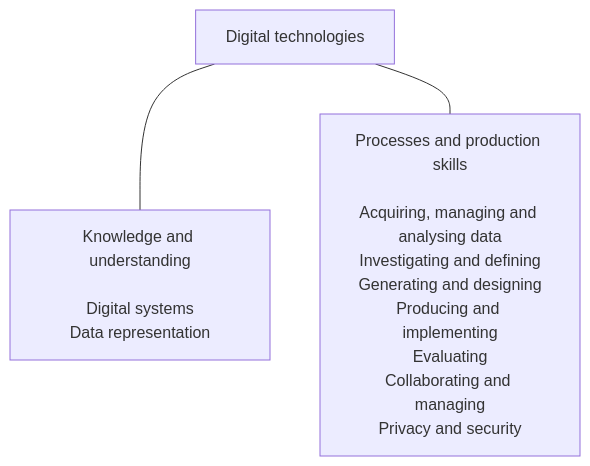
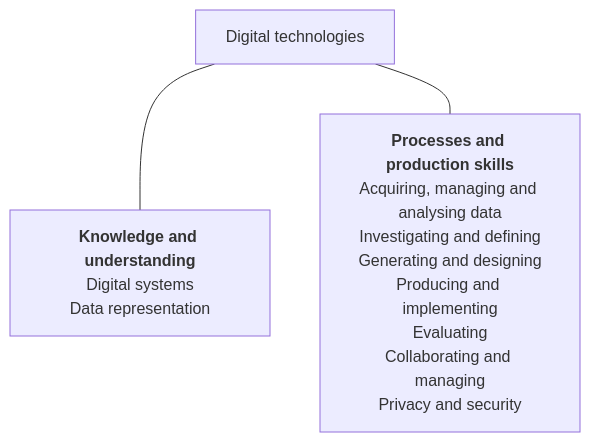
The diagram in digital-technologies.md (amoschou/ac9-data), drawn with Mermaid before and after one commit.

````diff
--- a/digital-technologies.md
+++ b/digital-technologies.md
@@ -34,5 +34,5 @@
 ```mermaid
 flowchart TD
-    D[Digital technologies] --- K[Knowledge and understanding<br><br>Digital systems<br>Data representation]
-    D --- P[Processes and production skills<br><br>Acquiring, managing and analysing data<br>Investigating and defining<br>Generating and designing<br>Producing and implementing<br>Evaluating<br>Collaborating and managing<br>Privacy and security]
+    D[Digital technologies] --- K[<b>Knowledge and understanding</b><br>Digital systems<br>Data representation]
+    D --- P[<b>Processes and production skills</b><br>Acquiring, managing and analysing data<br>Investigating and defining<br>Generating and designing<br>Producing and implementing<br>Evaluating<br>Collaborating and managing<br>Privacy and security]
 ```
````
